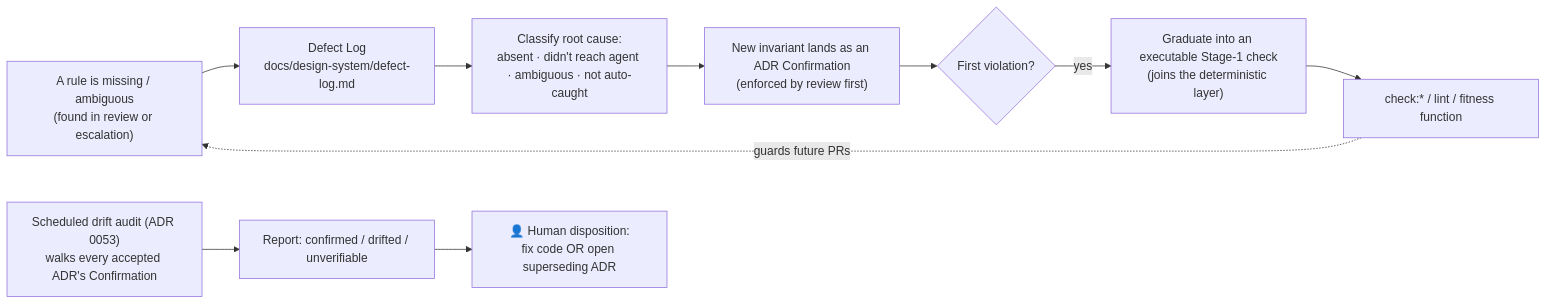
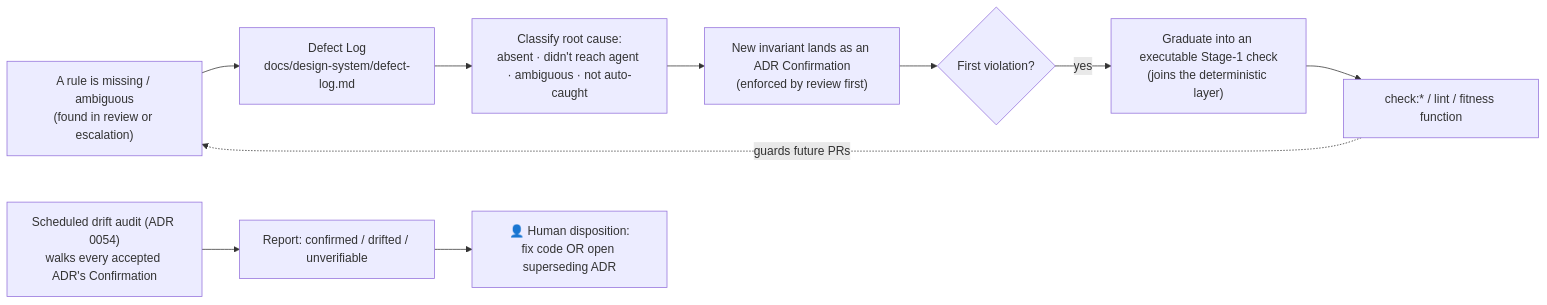
Before and after one commit to real-case/claude-code-nextjs-starter: the sixth of 7 diagrams in AI-GUARDRAILS.md, drawn with Mermaid. The commit also changed other lines of this file and 203 other files, not shown here.

````diff
--- a/AI-GUARDRAILS.md
+++ b/AI-GUARDRAILS.md
@@ -326,13 +325,13 @@
 ```mermaid
 flowchart LR
     fail["A rule is missing / ambiguous\n(found in review or escalation)"] --> log["Defect Log\ndocs/design-system/defect-log.md"]
     log --> classify["Classify root cause:\nabsent · didn't reach agent · ambiguous · not auto-caught"]
     classify --> conf["New invariant lands as an ADR Confirmation\n(enforced by review first)"]
     conf --> firstviol{First violation?}
     firstviol -- yes --> graduate["Graduate into an executable Stage-1 check\n(joins the deterministic layer)"]
     graduate --> det["check:* / lint / fitness function"]
     det -.guards future PRs.-> fail
 
-    audit["Scheduled drift audit (ADR 0053)\nwalks every accepted ADR's Confirmation"] --> report["Report: confirmed / drifted / unverifiable"]
+    audit["Scheduled drift audit (ADR 0054)\nwalks every accepted ADR's Confirmation"] --> report["Report: confirmed / drifted / unverifiable"]
     report --> human2["👤 Human disposition:\nfix code OR open superseding ADR"]
 ```
````
